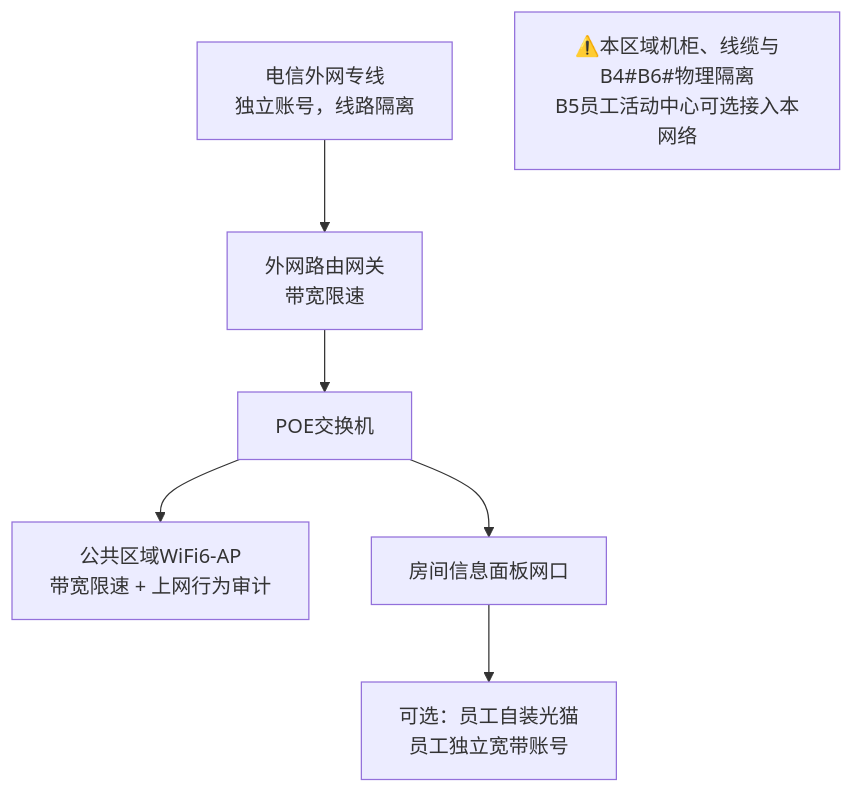
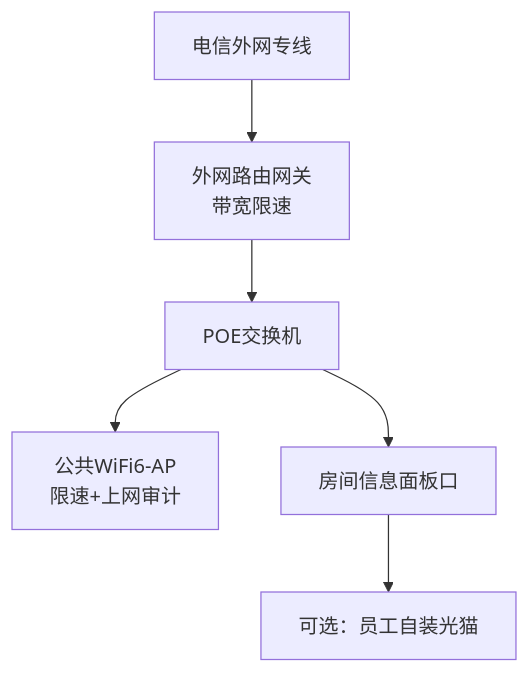
Before and after one commit to xschenzq/IT-notes: the second of 2 diagrams in network/dorm-networ-b4b8.md, drawn with Mermaid. The commit also changed other lines of this file, not shown here.

````diff
--- a/network/dorm-networ-b4b8.md
+++ b/network/dorm-networ-b4b8.md
@@ -47,10 +44,8 @@
 ```mermaid
-flowchart TD
-    TEL["电信外网专线<br/>独立账号，线路隔离"] --> RT["外网路由网关<br/>带宽限速"]
+graph TD
+    TEL["电信外网专线"] --> RT["外网路由网关<br/>带宽限速"]
     RT --> POE["POE交换机"]
-    POE --> AP["公共区域WiFi6‑AP<br/>带宽限速 + 上网行为审计"]
-    POE --> PAN["房间信息面板网口"]
-    PAN --> OPT["可选：员工自装光猫<br/>员工独立宽带账号"]
-
-    note["⚠️本区域机柜、线缆与B4#B6#物理隔离<br/>B5员工活动中心可选接入本网络"]
+    POE --> AP["公共WiFi6‑AP<br/>限速+上网审计"]
+    POE --> PAN["房间信息面板口"]
+    PAN --> OPT["可选：员工自装光猫"]
 ```
````
